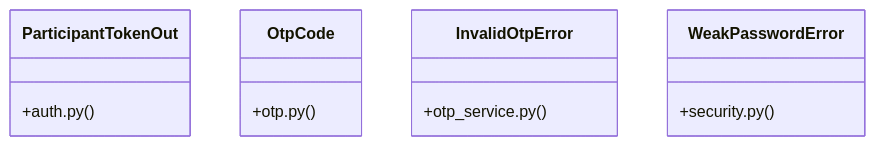
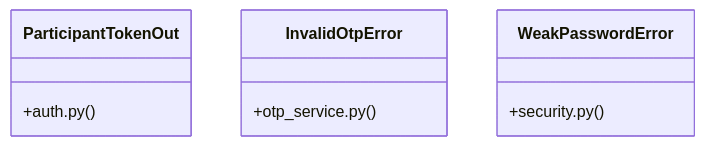
The diagram in graphify-out/wiki/[FaqCategory_&_ContactMessage]_Cluster.md (adjanayo/synca_conf_back), drawn with Mermaid before and after one commit. The commit also changed other lines of this file and 62 other files, not shown here.

Commit message:
docs: journal — GET /api/partner-levels + mise à jour graphe de code

````diff
--- a/graphify-out/wiki/[FaqCategory_&_ContactMessage]_Cluster.md
+++ b/graphify-out/wiki/[FaqCategory_&_ContactMessage]_Cluster.md
@@ -36,15 +36,12 @@
 ```mermaid
 classDiagram
     class ParticipantTokenOut {
         +auth.py()
-    }
-    class OtpCode {
-        +otp.py()
     }
     class InvalidOtpError {
         +otp_service.py()
     }
     class WeakPasswordError {
         +security.py()
     }
 ```
````
